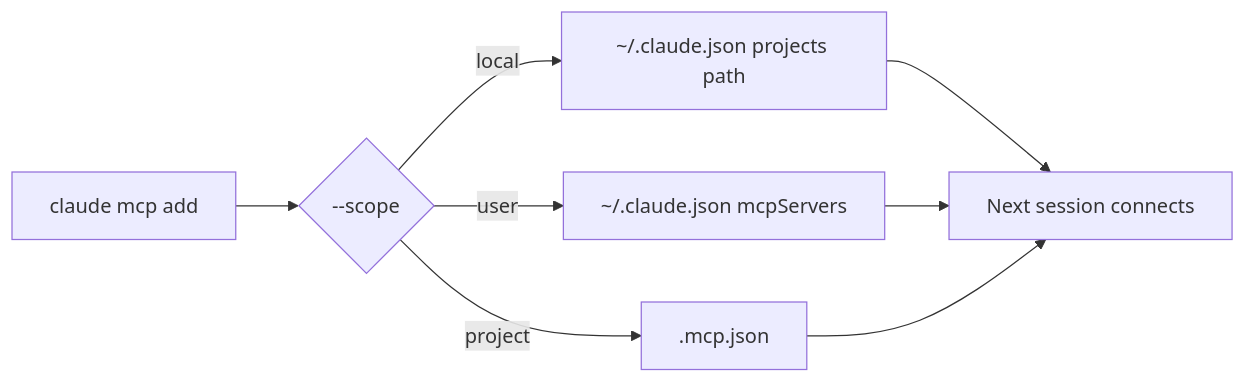
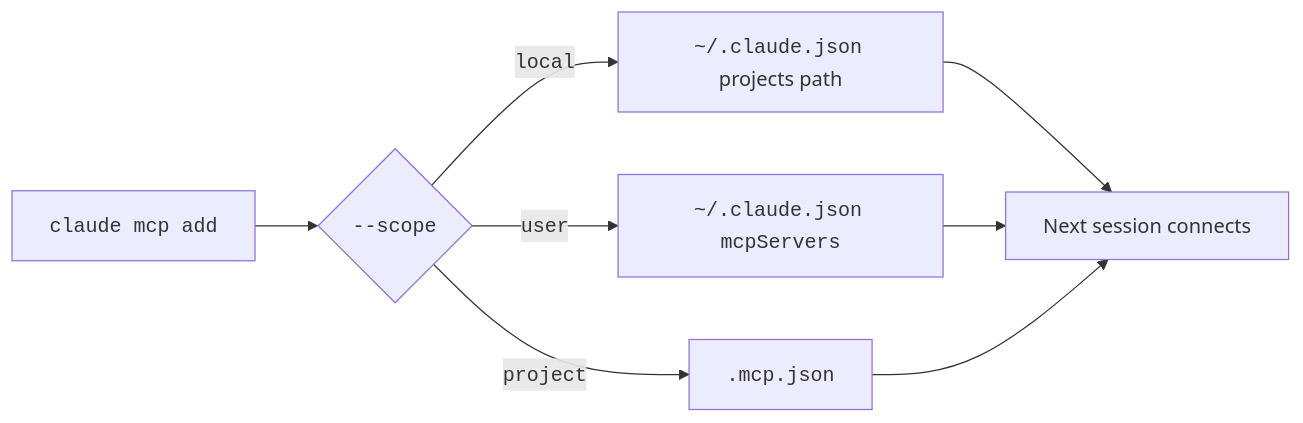
One commit to xsyetopz/claude-code-docs changed the diagram in docs/extend/mcp/cli.md. Above: the diagram before and after it, drawn with Mermaid. The commit also changed other lines of this file and 164 other files, not shown here.

First line of the commit message:
docs: linked citations, yes/no markers, file trees, code in diagrams

````diff
--- a/docs/extend/mcp/cli.md
+++ b/docs/extend/mcp/cli.md
@@ -76,10 +76,10 @@
 ```mermaid
 flowchart LR
-  A[claude mcp add] --> B{--scope}
-  B -->|local| C[~/.claude.json projects path]
-  B -->|user| D[~/.claude.json mcpServers]
-  B -->|project| E[.mcp.json]
+  A["<code>claude mcp add</code>"] --> B{"<code>--scope</code>"}
+  B -->|"<code>local</code>"| C["<code>~/.claude.json</code> projects path"]
+  B -->|"<code>user</code>"| D["<code>~/.claude.json</code> <code>mcpServers</code>"]
+  B -->|"<code>project</code>"| E["<code>.mcp.json</code>"]
   C --> F[Next session connects]
   D --> F
   E --> F
 ```
````
